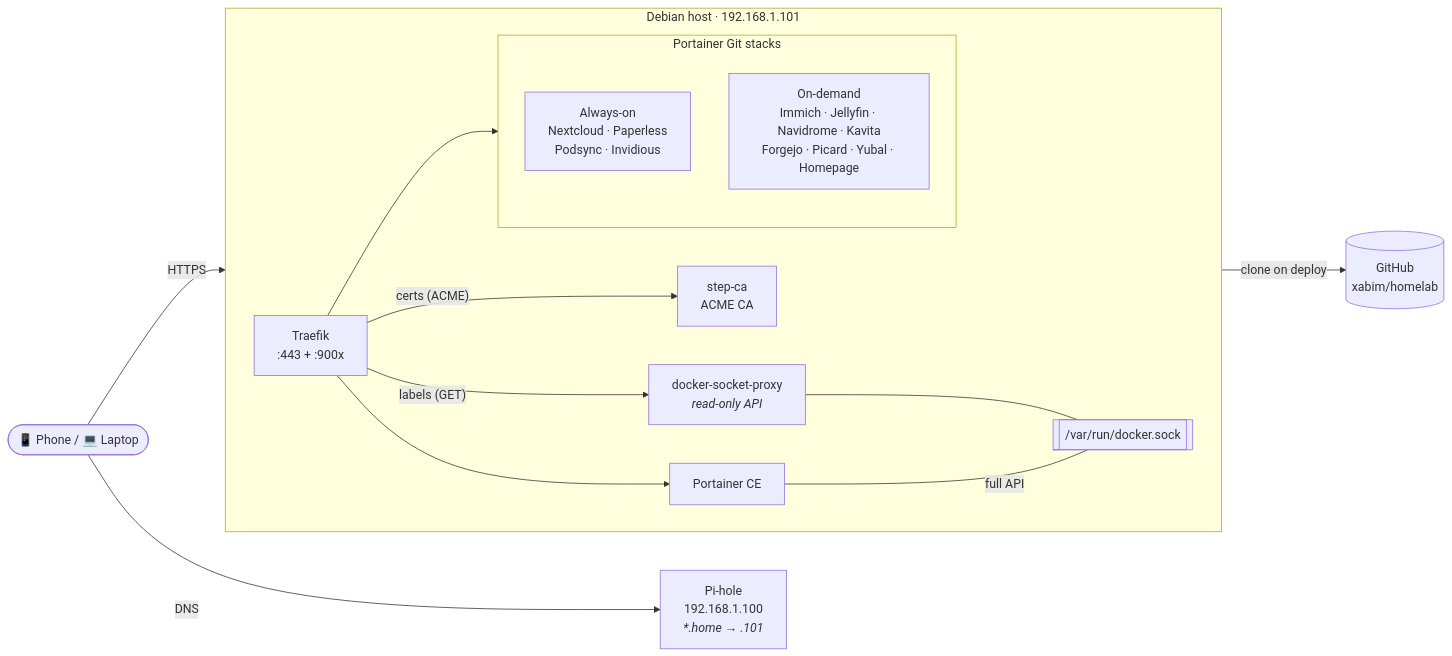
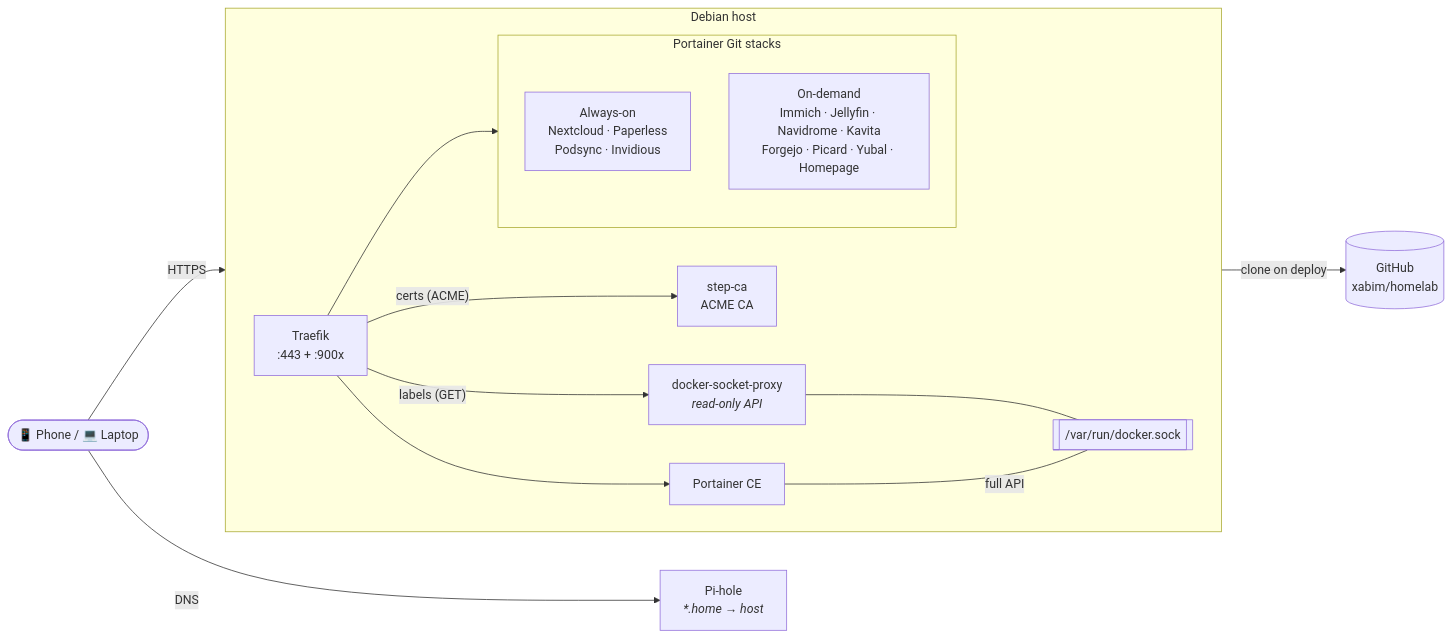
The first of 3 diagrams in README.md (xabim/homelab), drawn with Mermaid before and after one commit. The commit also changed other lines of this file and 7 other files, not shown here.

````diff
--- a/README.md
+++ b/README.md
@@ -58,31 +58,31 @@
 ```mermaid
 flowchart LR
     user(["📱 Phone / 💻 Laptop"])
-    pihole["Pi-hole<br/>192.168.1.100<br/><i>*.home → .101</i>"]
+    pihole["Pi-hole<br/><i>*.home → host</i>"]
     github[("GitHub<br/>xabim/homelab")]
 
-    subgraph host["Debian host · 192.168.1.101"]
+    subgraph host["Debian host"]
         direction LR
         traefik["Traefik<br/>:443 + :900x"]
         stepca["step-ca<br/>ACME CA"]
         proxy["docker-socket-proxy<br/><i>read-only API</i>"]
         portainer["Portainer CE"]
         sock[["/var/run/docker.sock"]]
 
         subgraph apps["Portainer Git stacks"]
             direction TB
             always["Always-on<br/>Nextcloud · Paperless<br/>Podsync · Invidious"]
             ondemand["On-demand<br/>Immich · Jellyfin · Navidrome · Kavita<br/>Forgejo · Picard · Yubal · Homepage"]
         end
     end
 
     user -- DNS --> pihole
     user -- HTTPS --> traefik
     traefik -- "certs (ACME)" --> stepca
     traefik -- "labels (GET)" --> proxy
     proxy --- sock
     portainer -- "full API" --- sock
     portainer -- "clone on deploy" --> github
     traefik --> apps
     traefik --> portainer
 ```
````
